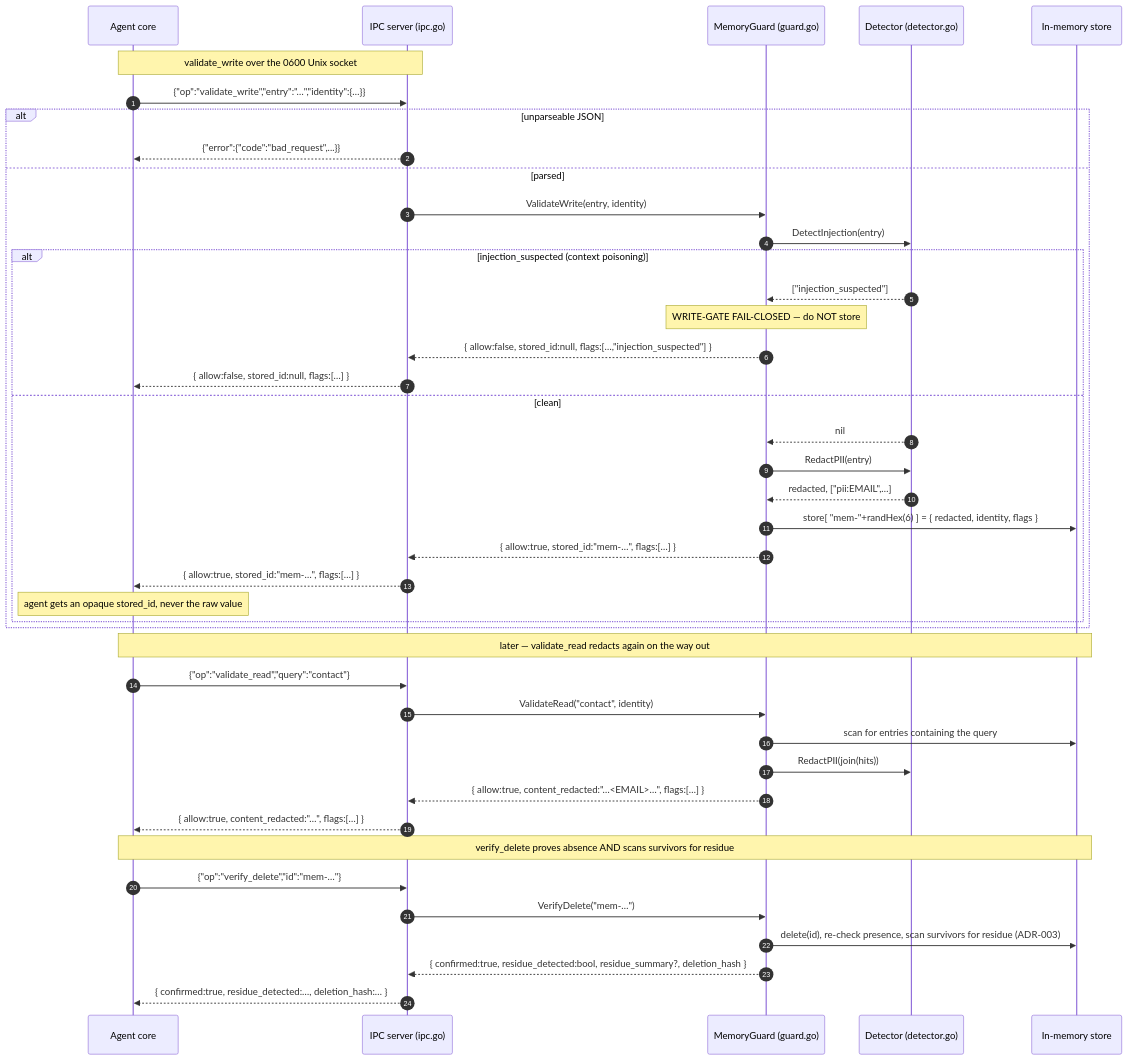
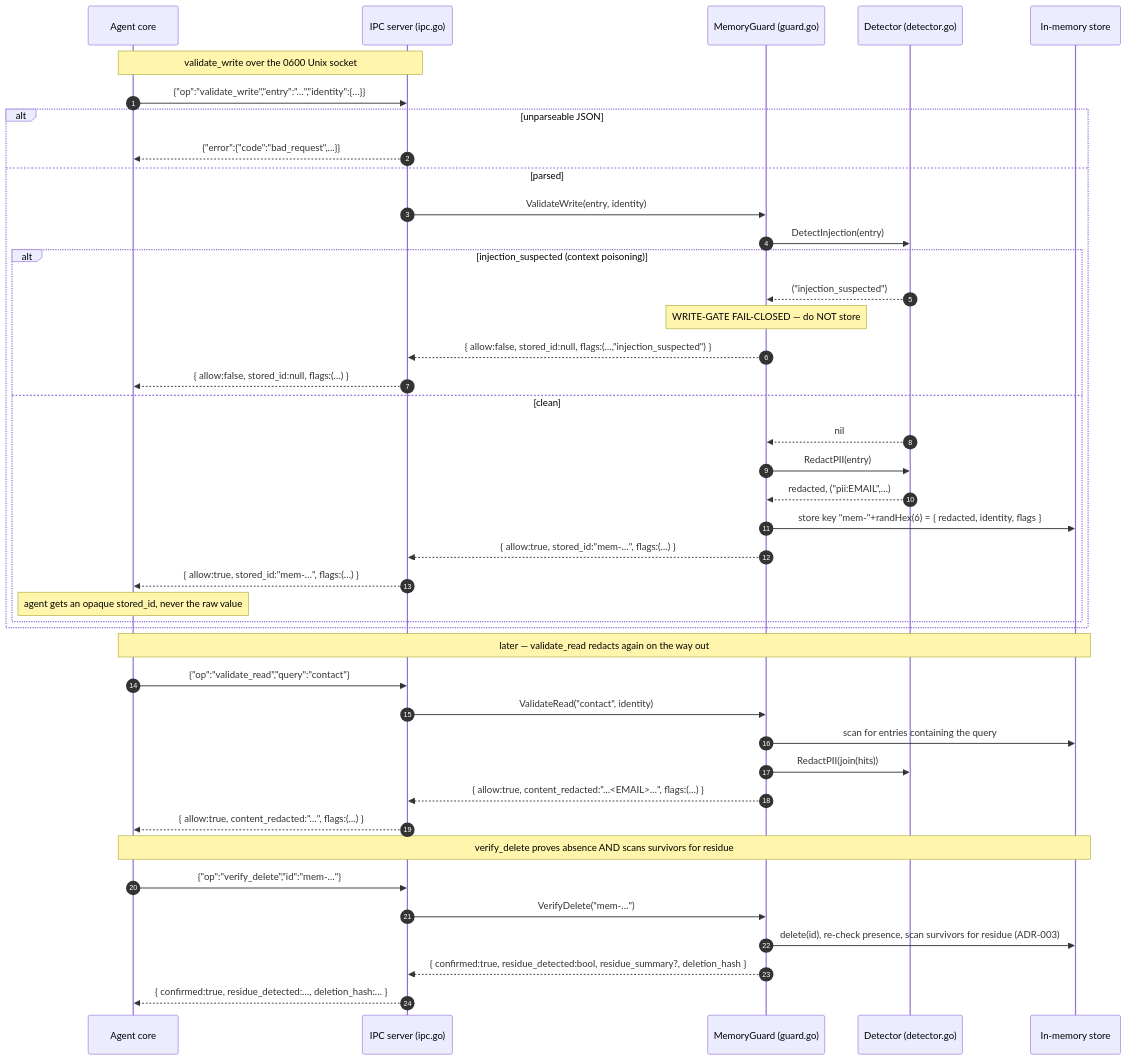
Before and after one commit to tkdtaylor/memory-guard: the third of 3 diagrams in docs/architecture/diagrams.md, drawn with Mermaid.

Commit message:
docs: fix Mermaid diagrams so GitHub renders — brackets/parens in sequence messages + edge labels the new linter caught [allow-main]

````diff
--- a/docs/architecture/diagrams.md
+++ b/docs/architecture/diagrams.md
@@ -98,47 +98,47 @@
 ```mermaid
 sequenceDiagram
     autonumber
     participant Agent as Agent core
     participant IPC as IPC server (ipc.go)
     participant Guard as MemoryGuard (guard.go)
     participant Det as Detector (detector.go)
     participant Store as In-memory store
 
     Note over Agent,IPC: validate_write over the 0600 Unix socket
     Agent->>IPC: {"op":"validate_write","entry":"…","identity":{…}}
     alt unparseable JSON
         IPC-->>Agent: {"error":{"code":"bad_request",...}}
     else parsed
         IPC->>Guard: ValidateWrite(entry, identity)
         Guard->>Det: DetectInjection(entry)
         alt injection_suspected (context poisoning)
-            Det-->>Guard: ["injection_suspected"]
+            Det-->>Guard: ("injection_suspected")
             Note over Guard: WRITE-GATE FAIL-CLOSED — do NOT store
-            Guard-->>IPC: { allow:false, stored_id:null, flags:[…,"injection_suspected"] }
-            IPC-->>Agent: { allow:false, stored_id:null, flags:[…] }
+            Guard-->>IPC: { allow:false, stored_id:null, flags:(…,"injection_suspected") }
+            IPC-->>Agent: { allow:false, stored_id:null, flags:(…) }
         else clean
             Det-->>Guard: nil
             Guard->>Det: RedactPII(entry)
-            Det-->>Guard: redacted, ["pii:EMAIL",…]
-            Guard->>Store: store[ "mem-"+randHex(6) ] = { redacted, identity, flags }
-            Guard-->>IPC: { allow:true, stored_id:"mem-…", flags:[…] }
-            IPC-->>Agent: { allow:true, stored_id:"mem-…", flags:[…] }
+            Det-->>Guard: redacted, ("pii:EMAIL",…)
+            Guard->>Store: store key "mem-"+randHex(6) = { redacted, identity, flags }
+            Guard-->>IPC: { allow:true, stored_id:"mem-…", flags:(…) }
+            IPC-->>Agent: { allow:true, stored_id:"mem-…", flags:(…) }
             Note over Agent: agent gets an opaque stored_id, never the raw value
         end
     end
 
     Note over Agent,Store: later — validate_read redacts again on the way out
     Agent->>IPC: {"op":"validate_read","query":"contact"}
     IPC->>Guard: ValidateRead("contact", identity)
     Guard->>Store: scan for entries containing the query
     Guard->>Det: RedactPII(join(hits))
-    Guard-->>IPC: { allow:true, content_redacted:"…<EMAIL>…", flags:[…] }
-    IPC-->>Agent: { allow:true, content_redacted:"…", flags:[…] }
+    Guard-->>IPC: { allow:true, content_redacted:"…<EMAIL>…", flags:(…) }
+    IPC-->>Agent: { allow:true, content_redacted:"…", flags:(…) }
 
     Note over Agent,Store: verify_delete proves absence AND scans survivors for residue
     Agent->>IPC: {"op":"verify_delete","id":"mem-…"}
     IPC->>Guard: VerifyDelete("mem-…")
     Guard->>Store: delete(id), re-check presence, scan survivors for residue (ADR-003)
     Guard-->>IPC: { confirmed:true, residue_detected:bool, residue_summary?, deletion_hash }
     IPC-->>Agent: { confirmed:true, residue_detected:…, deletion_hash:… }
 ```
````
